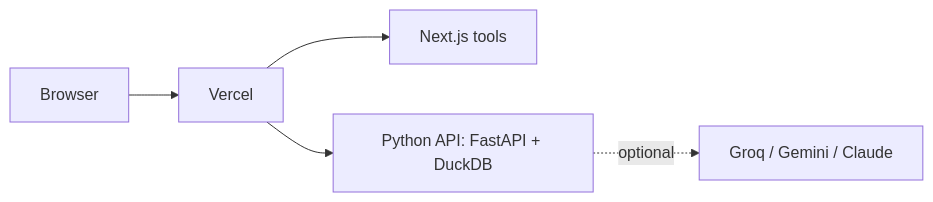
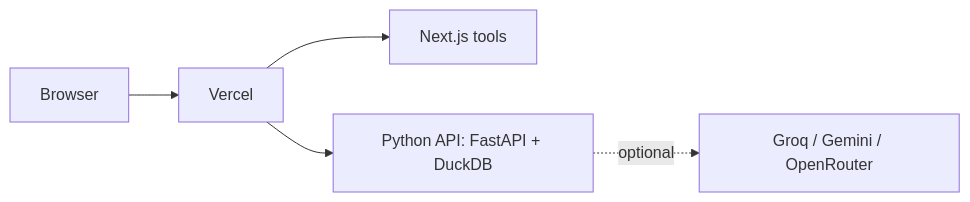
One commit to CaptainAni187/residual changed the second of 2 diagrams in README.md. Above: the diagram before and after it, drawn with Mermaid. The commit also changed other lines of this file and 27 other files, not shown here.

````diff
--- a/README.md
+++ b/README.md
@@ -52,7 +62,7 @@
 ```mermaid
 flowchart LR
   B["Browser"] --> V["Vercel"]
   V --> N["Next.js tools"]
   V --> API["Python API: FastAPI + DuckDB"]
-  API -. optional .-> M["Groq / Gemini / Claude"]
+  API -. optional .-> M["Groq / Gemini / OpenRouter"]
 ```
````
